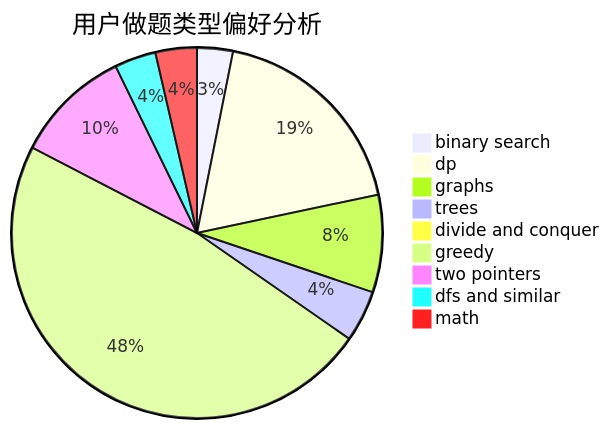
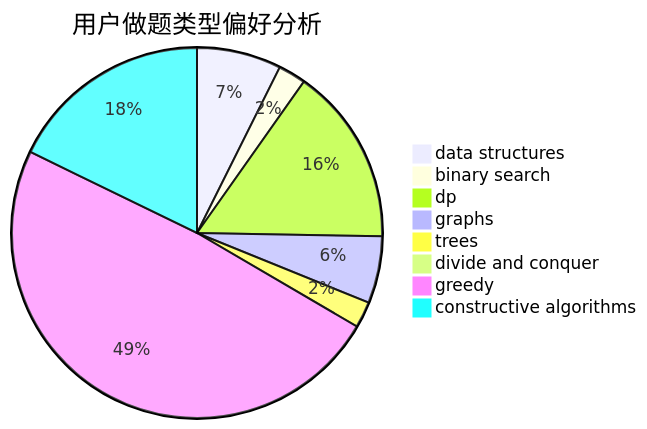
One commit to sherpahu/cfrs.github.io changed the second of 3 diagrams in docs/user/u1338.md. Above: the diagram before and after it, drawn with Mermaid. The commit also changed other lines of this file and 2775 other files, not shown here.

````diff
--- a/docs/user/u1338.md
+++ b/docs/user/u1338.md
@@ -23,12 +23,11 @@
 ```mermaid
 pie title 用户做题类型偏好分析
-    "binary search" :  32
-    "dp" :  190
-    "graphs" :  87
-    "trees" :  46
+    "data structures" :  58
+    "binary search" :  19
+    "dp" :  122
+    "graphs" :  46
+    "trees" :  18
     "divide and conquer" :  0
-    "greedy" :  491
-    "two pointers" :  104
-    "dfs and similar" :  37
-    "math" :  37
+    "greedy" :  384
+    "constructive algorithms" :  140
 ```
````
